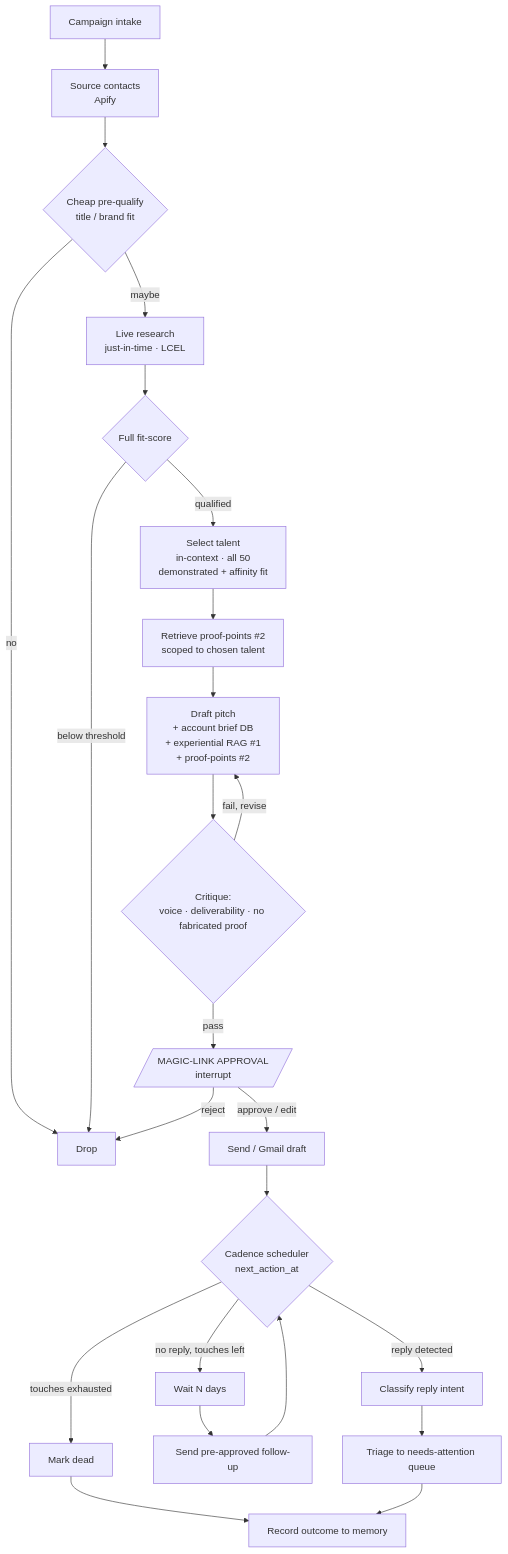
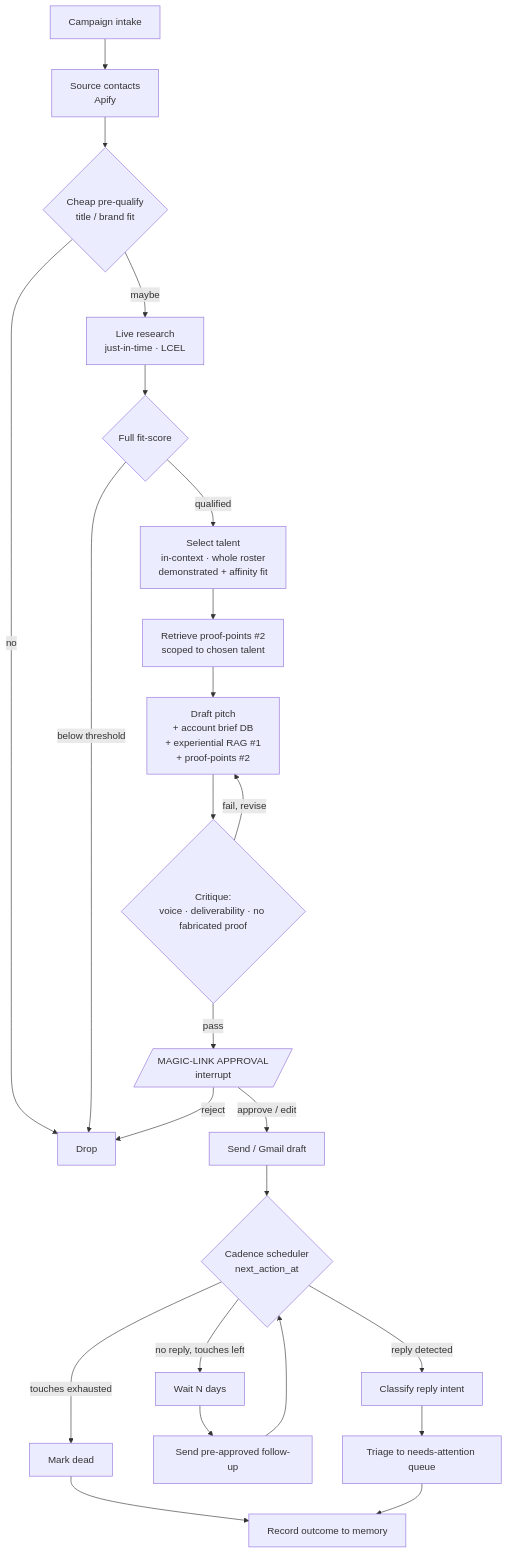
One commit to lillytong/marquee changed the diagram in README.md. Above: the diagram before and after it, drawn with Mermaid. The commit also changed other lines of this file and 2 other files, not shown here.

First line of the commit message:
State roster size as an assumption; remove the magic 50

````diff
--- a/README.md
+++ b/README.md
@@ -137,22 +144,22 @@
 ```mermaid
 flowchart TD
     intake[Campaign intake] --> source[Source contacts<br/>Apify]
     source --> prequal{Cheap pre-qualify<br/>title / brand fit}
     prequal -->|no| drop[Drop]
     prequal -->|maybe| research
     research[Live research<br/>just-in-time · LCEL] --> qualify{Full fit-score}
     qualify -->|below threshold| drop
-    qualify -->|qualified| select[Select talent<br/>in-context · all 50<br/>demonstrated + affinity fit]
+    qualify -->|qualified| select[Select talent<br/>in-context · whole roster<br/>demonstrated + affinity fit]
     select --> proof[Retrieve proof-points #2<br/>scoped to chosen talent]
     proof --> draft[Draft pitch<br/>+ account brief DB<br/>+ experiential RAG #1<br/>+ proof-points #2]
     draft --> critique{Critique:<br/>voice · deliverability · no fabricated proof}
     critique -->|fail, revise| draft
     critique -->|pass| approval[/MAGIC-LINK APPROVAL<br/>interrupt/]
     approval -->|reject| drop
     approval -->|approve / edit| send[Send / Gmail draft]
     send --> cadence{Cadence scheduler<br/>next_action_at}
     cadence -->|reply detected| classify[Classify reply intent] --> handle[Triage to needs-attention queue]
     cadence -->|no reply, touches left| wait[Wait N days] --> followup[Send pre-approved follow-up] --> cadence
     cadence -->|touches exhausted| dead[Mark dead] --> outcome[Record outcome to memory]
     handle --> outcome
 ```
````
